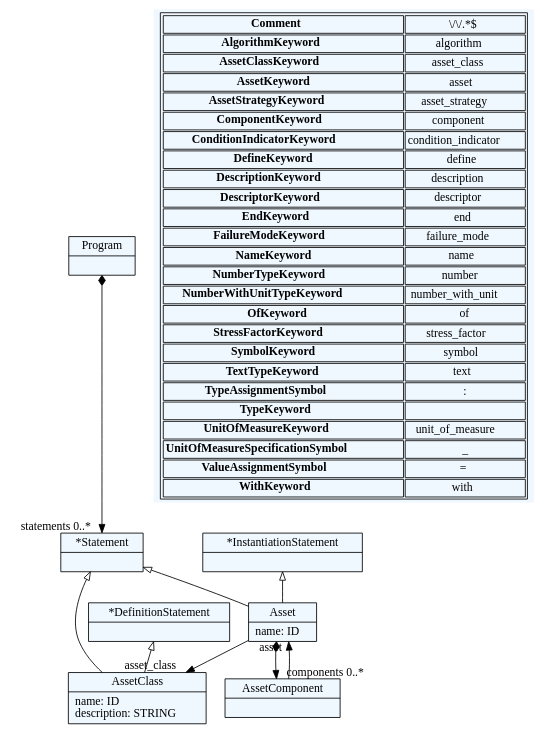
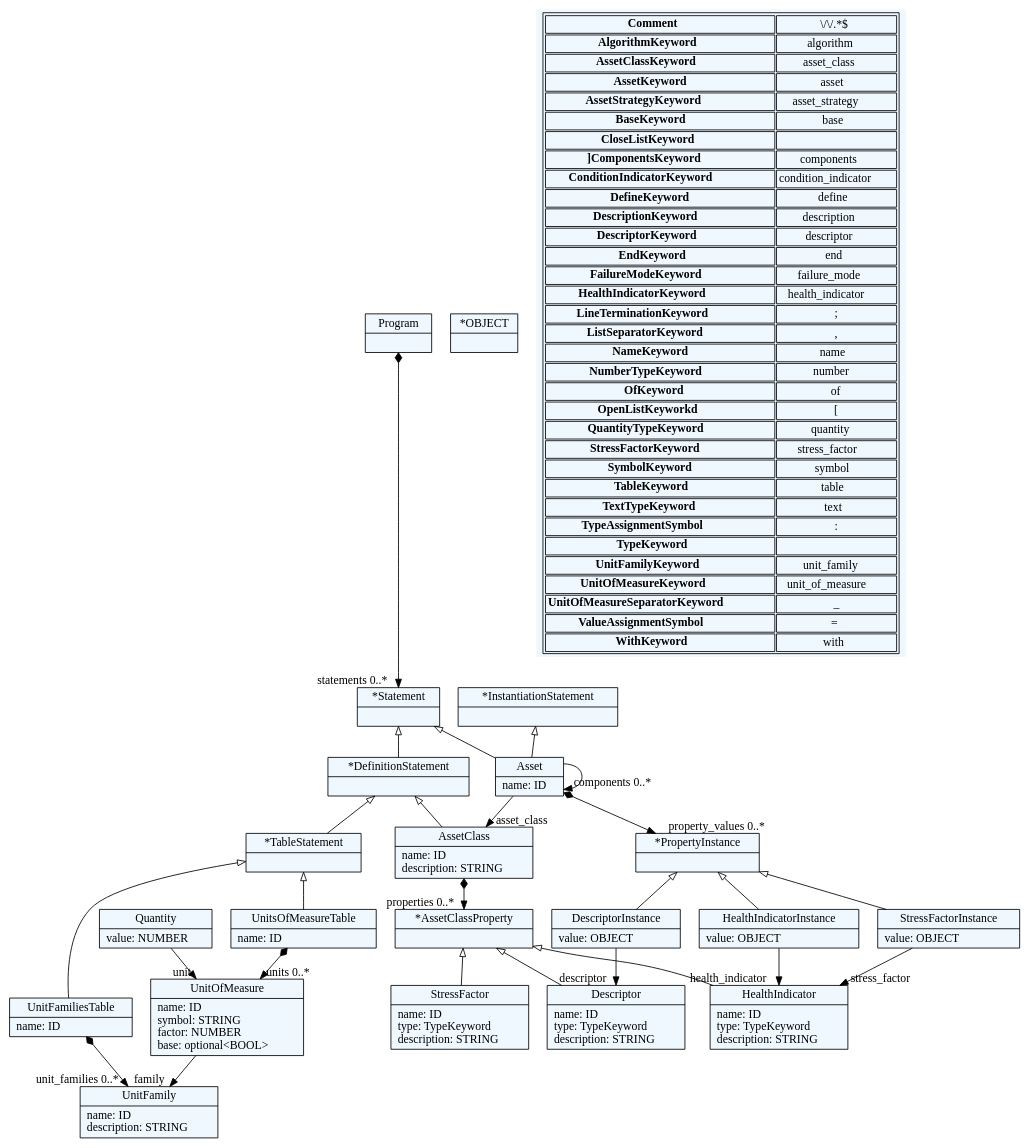
The diagram in dsl/amedsl/amedsl.dot (NovaEnergyConsulting/amedsl), drawn with Graphviz before and after one commit. The commit also changed 13 other files, not shown here.

```diff
--- a/dsl/amedsl/amedsl.dot
+++ b/dsl/amedsl/amedsl.dot
@@ -1,117 +1,190 @@
 
     digraph textX {
     fontname = "Bitstream Vera Sans"
     fontsize = 8
     node[
         shape=record,
         style=filled,
         fillcolor=aliceblue
     ]
     nodesep = 0.3
     edge[dir=black,arrowtail=empty]
 
 
-1830144108464[ label="{Program|}"]
+1549054507552[ label="{Program|}"]
 
-1830144100912[ label="{*Statement|}"]
+1549054509440[ label="{*Statement|}"]
 
-1830144106576[ label="{*DefinitionStatement|}"]
+1549054479232[ label="{*DefinitionStatement|}"]
 
-1830144109408[ label="{*InstantiationStatement|}"]
+1549054482064[ label="{*InstantiationStatement|}"]
 
-1830144104688[ label="{AssetClass|name: ID\ldescription: STRING\l}"]
+1549054487728[ label="{*TableStatement|}"]
 
-1830144095248[ label="{Asset|name: ID\l}"]
+1549054506608[ label="{UnitFamiliesTable|name: ID\l}"]
 
-1830144115072[ label="{AssetComponent|}"]
+1549054516048[ label="{UnitFamily|name: ID\ldescription: STRING\l}"]
+
+1549054532096[ label="{UnitsOfMeasureTable|name: ID\l}"]
+
+1549054523600[ label="{UnitOfMeasure|name: ID\lsymbol: STRING\lfactor: NUMBER\lbase: optional\<BOOL\>\l}"]
+
+1549054520768[ label="{Quantity|value: NUMBER\l}"]
+
+1549054533984[ label="{Descriptor|name: ID\ltype: TypeKeyword\ldescription: STRING\l}"]
+
+1549054529264[ label="{HealthIndicator|name: ID\ltype: TypeKeyword\ldescription: STRING\l}"]
+
+1549054534928[ label="{StressFactor|name: ID\ltype: TypeKeyword\ldescription: STRING\l}"]
+
+1549054521712[ label="{DescriptorInstance|value: OBJECT\l}"]
+
+1549054481120[ label="{HealthIndicatorInstance|value: OBJECT\l}"]
+
+1549054495280[ label="{StressFactorInstance|value: OBJECT\l}"]
+
+1549054535872[ label="{*AssetClassProperty|}"]
+
+1549054522656[ label="{AssetClass|name: ID\ldescription: STRING\l}"]
+
+1549054540592[ label="{*PropertyInstance|}"]
+
+1549054526432[ label="{Asset|name: ID\l}"]
 
 
 
-1830144108464 -> 1830144100912[arrowtail=diamond, dir=both, headlabel="statements 0..*"]
-1830144100912 -> 1830144104688 [dir=back]
-1830144100912 -> 1830144095248 [dir=back]
-1830144106576 -> 1830144104688 [dir=back]
-1830144109408 -> 1830144095248 [dir=back]
-1830144095248 -> 1830144104688[headlabel="asset_class "]
-1830144095248 -> 1830144115072[arrowtail=diamond, dir=both, headlabel="components 0..*"]
-1830144115072 -> 1830144095248[headlabel="asset "]
+1549054507552 -> 1549054509440[arrowtail=diamond, dir=both, headlabel="statements 0..*"]
+1549054509440 -> 1549054479232 [dir=back]
+1549054509440 -> 1549054526432 [dir=back]
+1549054479232 -> 1549054522656 [dir=back]
+1549054479232 -> 1549054487728 [dir=back]
+1549054482064 -> 1549054526432 [dir=back]
+1549054487728 -> 1549054506608 [dir=back]
+1549054487728 -> 1549054532096 [dir=back]
+1549054506608 -> 1549054516048[arrowtail=diamond, dir=both, headlabel="unit_families 0..*"]
+1549054532096 -> 1549054523600[arrowtail=diamond, dir=both, headlabel="units 0..*"]
+1549054523600 -> 1549054516048[headlabel="family "]
+1549054520768 -> 1549054523600[headlabel="unit "]
+1549054521712 -> 1549054533984[headlabel="descriptor "]
+1549054438640[ label="{*OBJECT|}"]
+
+1549054481120 -> 1549054529264[headlabel="health_indicator "]
+1549054438640[ label="{*OBJECT|}"]
+
+1549054495280 -> 1549054529264[headlabel="stress_factor "]
+1549054438640[ label="{*OBJECT|}"]
+
+1549054535872 -> 1549054533984 [dir=back]
+1549054535872 -> 1549054529264 [dir=back]
+1549054535872 -> 1549054534928 [dir=back]
+1549054522656 -> 1549054535872[arrowtail=diamond, dir=both, headlabel="properties 0..*"]
+1549054540592 -> 1549054521712 [dir=back]
+1549054540592 -> 1549054481120 [dir=back]
+1549054540592 -> 1549054495280 [dir=back]
+1549054526432 -> 1549054522656[headlabel="asset_class "]
+1549054526432 -> 1549054540592[arrowtail=diamond, dir=both, headlabel="property_values 0..*"]
+1549054526432 -> 1549054526432[headlabel="components 0..*"]
 match_rules [ shape=plaintext, label=< <table>
 	<tr>
 		<td><b>Comment</b></td><td>\/\/.*$</td>
 	</tr>
 	<tr>
 		<td><b>AlgorithmKeyword</b></td><td>algorithm</td>
 	</tr>
 	<tr>
 		<td><b>AssetClassKeyword</b></td><td>asset_class</td>
 	</tr>
 	<tr>
 		<td><b>AssetKeyword</b></td><td>asset</td>
 	</tr>
 	<tr>
 		<td><b>AssetStrategyKeyword</b></td><td>asset_strategy</td>
 	</tr>
 	<tr>
-		<td><b>ComponentKeyword</b></td><td>component</td>
+		<td><b>BaseKeyword</b></td><td>base</td>
+	</tr>
+	<tr>
+		<td><b>CloseListKeyword</b></td><td>]</td>
+	</tr>
+	<tr>
+		<td><b>ComponentsKeyword</b></td><td>components</td>
 	</tr>
 	<tr>
 		<td><b>ConditionIndicatorKeyword</b></td><td>condition_indicator</td>
 	</tr>
 	<tr>
 		<td><b>DefineKeyword</b></td><td>define</td>
 	</tr>
 	<tr>
 		<td><b>DescriptionKeyword</b></td><td>description</td>
 	</tr>
 	<tr>
 		<td><b>DescriptorKeyword</b></td><td>descriptor</td>
 	</tr>
 	<tr>
 		<td><b>EndKeyword</b></td><td>end</td>
 	</tr>
 	<tr>
 		<td><b>FailureModeKeyword</b></td><td>failure_mode</td>
 	</tr>
 	<tr>
+		<td><b>HealthIndicatorKeyword</b></td><td>health_indicator</td>
+	</tr>
+	<tr>
+		<td><b>LineTerminationKeyword</b></td><td>;</td>
+	</tr>
+	<tr>
+		<td><b>ListSeparatorKeyword</b></td><td>,</td>
+	</tr>
+	<tr>
 		<td><b>NameKeyword</b></td><td>name</td>
 	</tr>
 	<tr>
 		<td><b>NumberTypeKeyword</b></td><td>number</td>
 	</tr>
 	<tr>
-		<td><b>NumberWithUnitTypeKeyword</b></td><td>number_with_unit</td>
+		<td><b>OfKeyword</b></td><td>of</td>
 	</tr>
 	<tr>
-		<td><b>OfKeyword</b></td><td>of</td>
+		<td><b>OpenListKeyworkd</b></td><td>[</td>
+	</tr>
+	<tr>
+		<td><b>QuantityTypeKeyword</b></td><td>quantity</td>
 	</tr>
 	<tr>
 		<td><b>StressFactorKeyword</b></td><td>stress_factor</td>
 	</tr>
 	<tr>
 		<td><b>SymbolKeyword</b></td><td>symbol</td>
+	</tr>
+	<tr>
+		<td><b>TableKeyword</b></td><td>table</td>
 	</tr>
 	<tr>
 		<td><b>TextTypeKeyword</b></td><td>text</td>
 	</tr>
 	<tr>
 		<td><b>TypeAssignmentSymbol</b></td><td>:</td>
 	</tr>
 	<tr>
 		<td><b>TypeKeyword</b></td><td></td>
 	</tr>
 	<tr>
+		<td><b>UnitFamilyKeyword</b></td><td>unit_family</td>
+	</tr>
+	<tr>
 		<td><b>UnitOfMeasureKeyword</b></td><td>unit_of_measure</td>
 	</tr>
 	<tr>
-		<td><b>UnitOfMeasureSpecificationSymbol</b></td><td>_</td>
+		<td><b>UnitOfMeasureSeparatorKeyword</b></td><td>_</td>
 	</tr>
 	<tr>
 		<td><b>ValueAssignmentSymbol</b></td><td>=</td>
 	</tr>
 	<tr>
 		<td><b>WithKeyword</b></td><td>with</td>
 	</tr>
 </table> >]
 
 
 }
```
